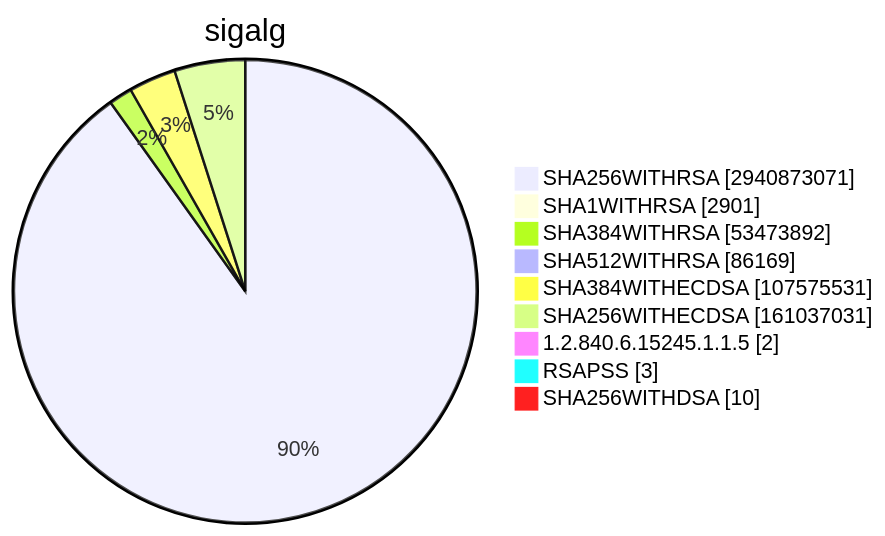
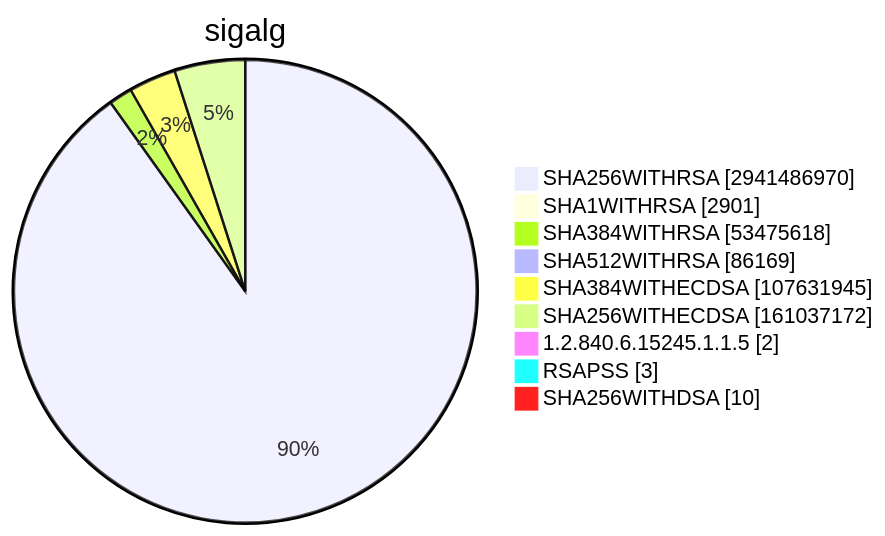
Before and after one commit to christiankrug/ctmonitor_visualization: diagram 15 of 15 in TOTAL/README.md, drawn with Mermaid. The commit also changed other lines of this file, not shown here.

````diff
--- a/TOTAL/README.md
+++ b/TOTAL/README.md
@@ -6207,13 +6207,13 @@
 ```mermaid
 pie showData
 title sigalg
-"SHA256WITHRSA" :2940873071
+"SHA256WITHRSA" :2941486970
 "SHA1WITHRSA" :2901
-"SHA384WITHRSA" :53473892
+"SHA384WITHRSA" :53475618
 "SHA512WITHRSA" :86169
-"SHA384WITHECDSA" :107575531
-"SHA256WITHECDSA" :161037031
+"SHA384WITHECDSA" :107631945
+"SHA256WITHECDSA" :161037172
 "1.2.840.6.15245.1.1.5" :2
 "RSAPSS" :3
 "SHA256WITHDSA" :10
 ```
````
